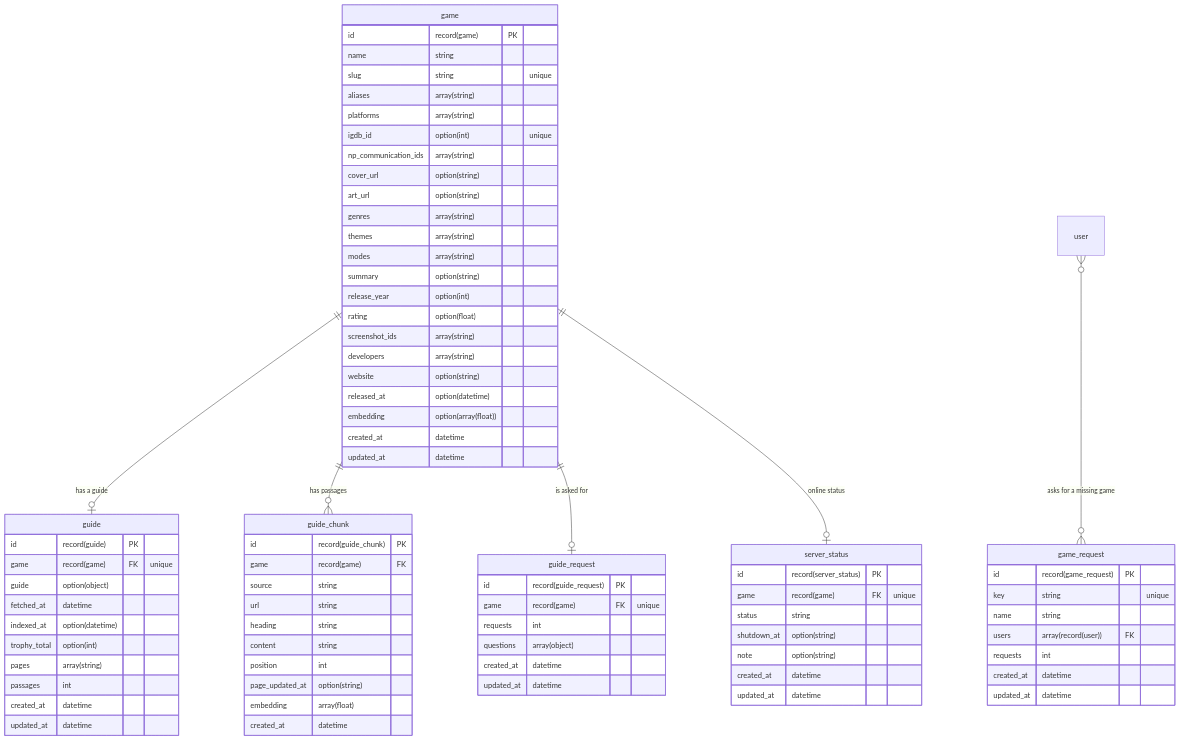
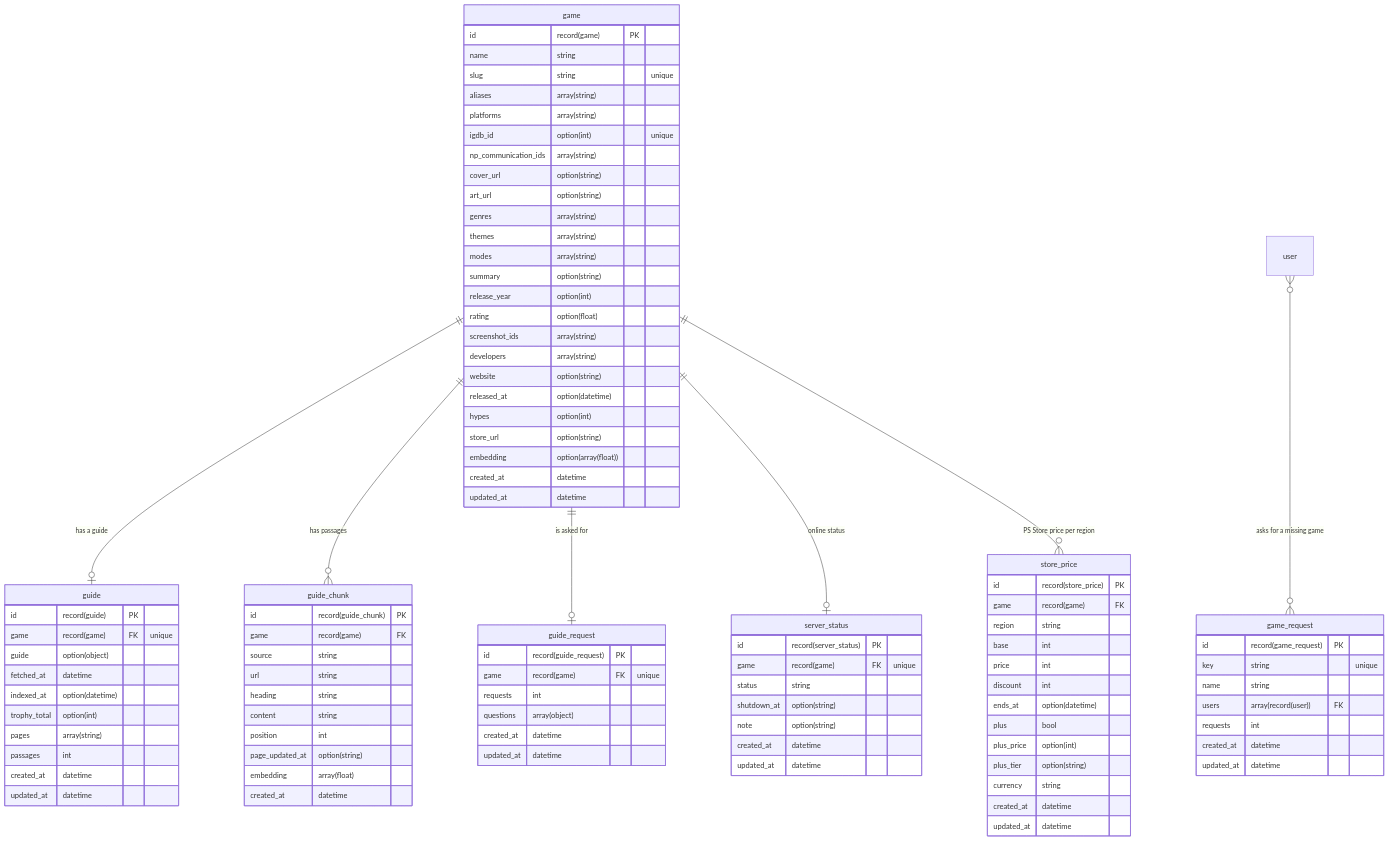
The fourth of 5 diagrams in docs/database.md (renatoaug/platjourney), drawn with Mermaid before and after one commit. The commit also changed other lines of this file and 103 other files, not shown here.

```diff
--- a/docs/database.md
+++ b/docs/database.md
@@ -211,6 +213,7 @@
     game ||--o{ guide_chunk : "has passages"
     game ||--o| guide_request : "is asked for"
     game ||--o| server_status : "online status"
+    game ||--o{ store_price : "PS Store price per region"
     user }o--o{ game_request : "asks for a missing game"
     game {
         id record(game) PK
@@ -232,6 +235,8 @@
         developers array(string)
         website option(string)
         released_at option(datetime)
+        hypes option(int)
+        store_url option(string)
         embedding option(array(float))
         created_at datetime
         updated_at datetime
@@ -277,6 +282,21 @@
         created_at datetime
         updated_at datetime
     }
+    store_price {
+        id record(store_price) PK
+        game record(game) FK
+        region string
+        base int
+        price int
+        discount int
+        ends_at option(datetime)
+        plus bool
+        plus_price option(int)
+        plus_tier option(string)
+        currency string
+        created_at datetime
+        updated_at datetime
+    }
     server_status {
         id record(server_status) PK
         game record(game) FK "unique"
```
